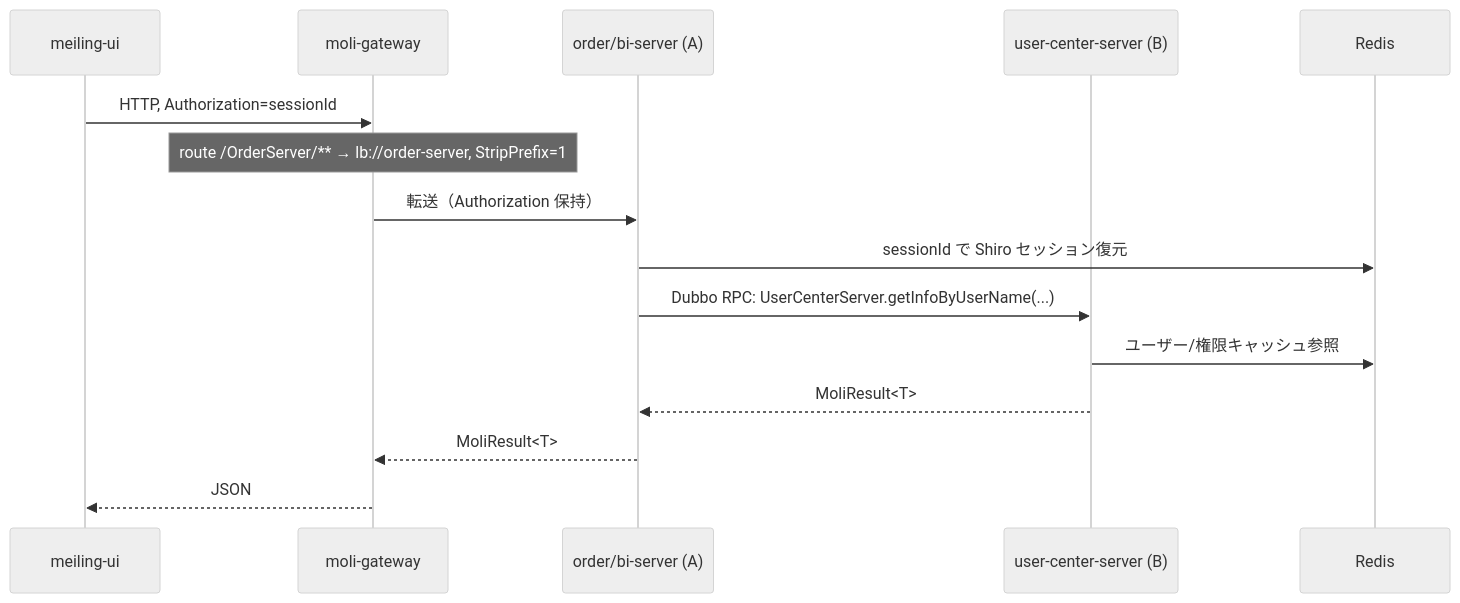
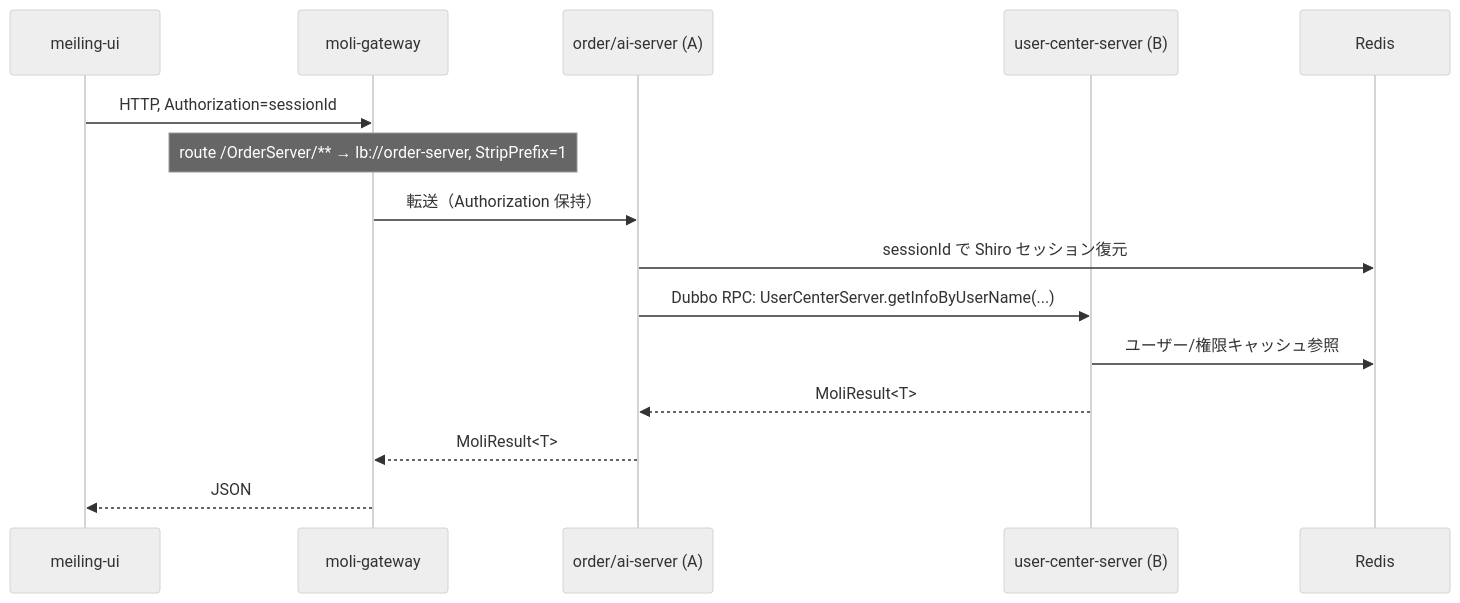
One commit to wujinsen/moli-project-distribute changed the first of 2 diagrams in docs/ja/ARCHITECTURE.md. Above: the diagram before and after it, drawn with Mermaid (neutral theme). The commit also changed other lines of this file and 95 other files, not shown here.

````diff
--- a/docs/ja/ARCHITECTURE.md
+++ b/docs/ja/ARCHITECTURE.md
@@ -44,18 +44,18 @@
 ```mermaid
 sequenceDiagram
     participant UI as meiling-ui
     participant GW as moli-gateway
-    participant A as order/bi-server (A)
+    participant A as order/ai-server (A)
     participant B as user-center-server (B)
     participant R as Redis
 
     UI->>GW: HTTP, Authorization=sessionId
     Note over GW: route /OrderServer/** → lb://order-server, StripPrefix=1
     GW->>A: 転送（Authorization 保持）
     A->>R: sessionId で Shiro セッション復元
     A->>B: Dubbo RPC: UserCenterServer.getInfoByUserName(...)
     B->>R: ユーザー/権限キャッシュ参照
     B-->>A: MoliResult<T>
     A-->>GW: MoliResult<T>
     GW-->>UI: JSON
 ```
````
